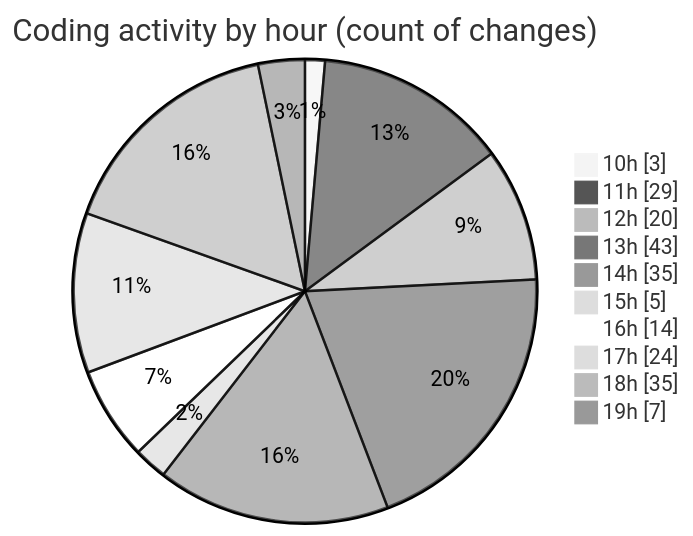
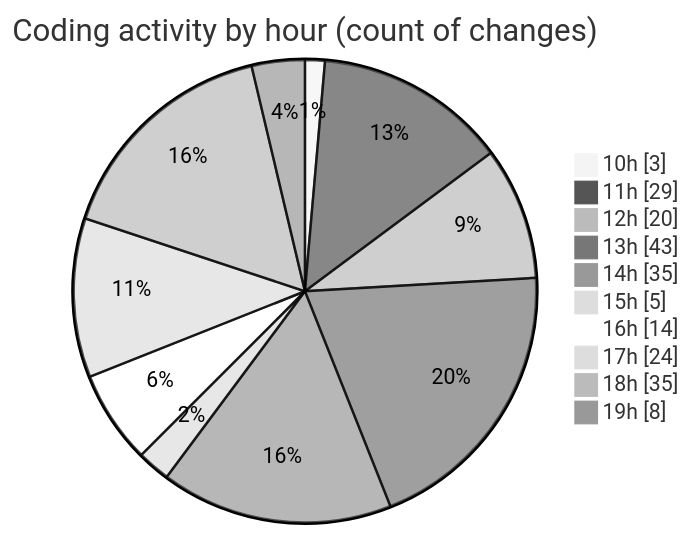
One commit to EIIisD/code-tracking changed the second of 2 diagrams in 2025-08-14/ribbon/README.md. Above: the diagram before and after it, drawn with Mermaid (neutral theme). The commit also changed other lines of this file and 1 other file, not shown here.

````diff
--- a/2025-08-14/ribbon/README.md
+++ b/2025-08-14/ribbon/README.md
@@ -45,14 +45,14 @@
 ```mermaid
 pie showData
 title Coding activity by hour (count of changes)
 "10h" : 3
 "11h" : 29
 "12h" : 20
 "13h" : 43
 "14h" : 35
 "15h" : 5
 "16h" : 14
 "17h" : 24
 "18h" : 35
-"19h" : 7
+"19h" : 8
 ```
````
